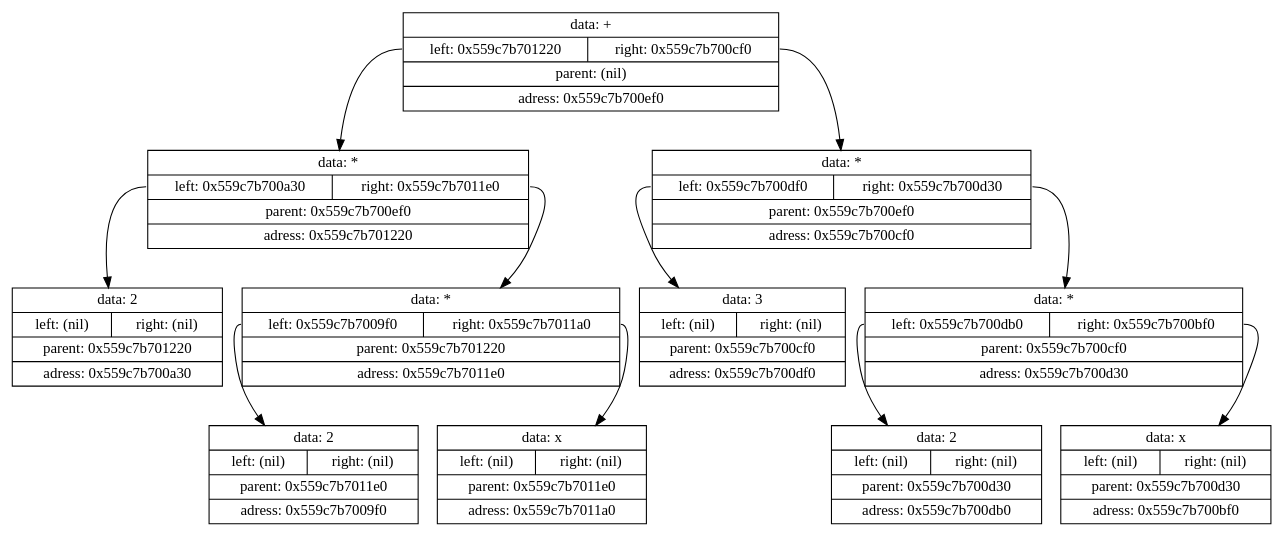
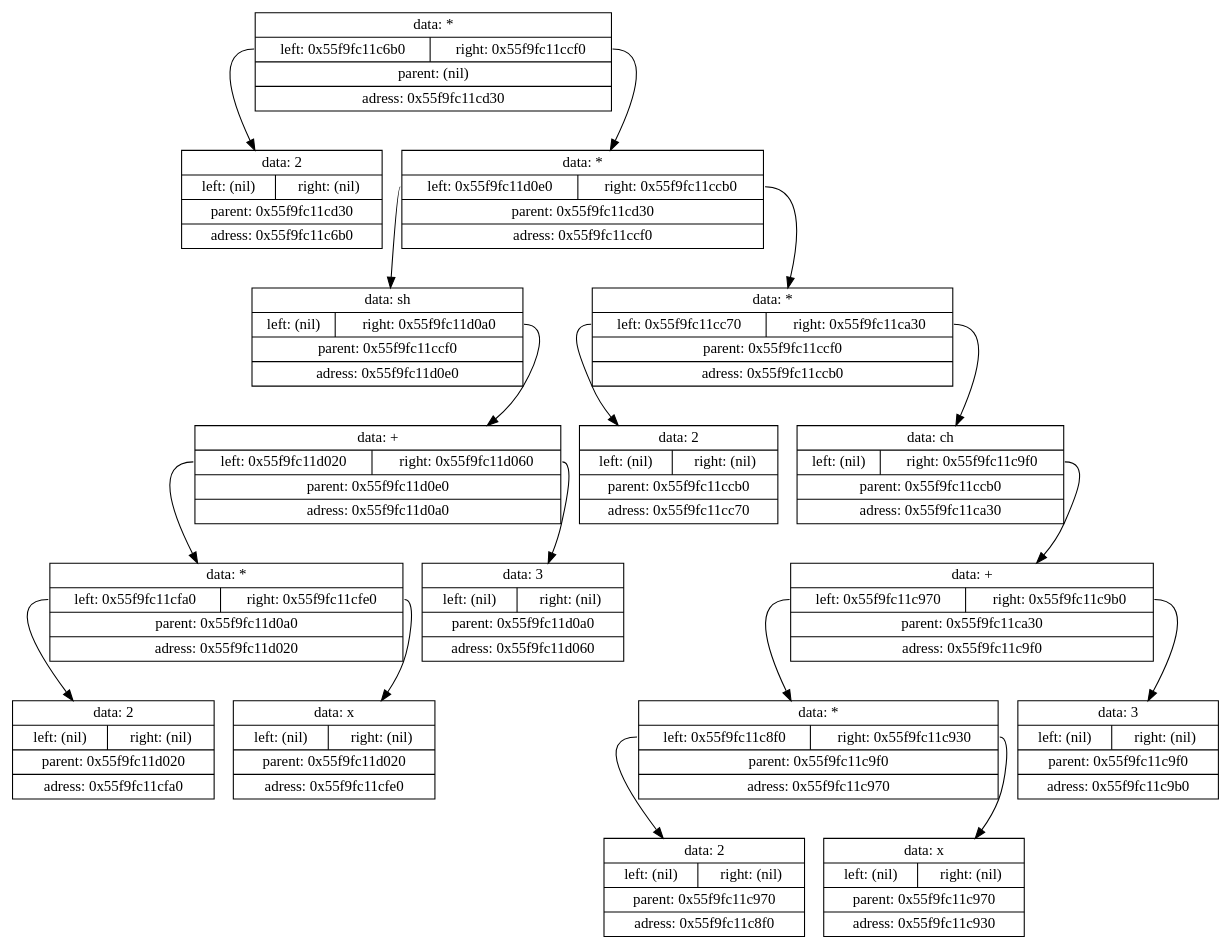
The diagram in Projects/8.Differenciator/log/tmp/tempautogeneratedlog.gv (Shishqa/MIPT_1sem_C_lang), drawn with Graphviz before and after one commit. The commit also changed 33 other files, not shown here.

```diff
--- a/Projects/8.Differenciator/log/tmp/tempautogeneratedlog.gv
+++ b/Projects/8.Differenciator/log/tmp/tempautogeneratedlog.gv
@@ -1,25 +1,37 @@
 digraph dump
 {
-	node0x559c7b700ef0 [shape = "record", label = "{<f1>data: +|{<f2>left: 0x559c7b701220|<f3>right: 0x559c7b700cf0}|<f4>parent: (nil)|<f5>adress: 0x559c7b700ef0}"];
-	node0x559c7b701220 [shape = "record", label = "{<f1>data: *|{<f2>left: 0x559c7b700a30|<f3>right: 0x559c7b7011e0}|<f4>parent: 0x559c7b700ef0|<f5>adress: 0x559c7b701220}"];
-	node0x559c7b700a30 [shape = "record", label = "{<f1>data: 2|{<f2>left: (nil)|<f3>right: (nil)}|<f4>parent: 0x559c7b701220|<f5>adress: 0x559c7b700a30}"];
-	node0x559c7b701220:f2 -> node0x559c7b700a30
-	node0x559c7b7011e0 [shape = "record", label = "{<f1>data: *|{<f2>left: 0x559c7b7009f0|<f3>right: 0x559c7b7011a0}|<f4>parent: 0x559c7b701220|<f5>adress: 0x559c7b7011e0}"];
-	node0x559c7b7009f0 [shape = "record", label = "{<f1>data: 2|{<f2>left: (nil)|<f3>right: (nil)}|<f4>parent: 0x559c7b7011e0|<f5>adress: 0x559c7b7009f0}"];
-	node0x559c7b7011e0:f2 -> node0x559c7b7009f0
-	node0x559c7b7011a0 [shape = "record", label = "{<f1>data: x|{<f2>left: (nil)|<f3>right: (nil)}|<f4>parent: 0x559c7b7011e0|<f5>adress: 0x559c7b7011a0}"];
-	node0x559c7b7011e0:f3 -> node0x559c7b7011a0
-	node0x559c7b701220:f3 -> node0x559c7b7011e0
-	node0x559c7b700ef0:f2 -> node0x559c7b701220
-	node0x559c7b700cf0 [shape = "record", label = "{<f1>data: *|{<f2>left: 0x559c7b700df0|<f3>right: 0x559c7b700d30}|<f4>parent: 0x559c7b700ef0|<f5>adress: 0x559c7b700cf0}"];
-	node0x559c7b700df0 [shape = "record", label = "{<f1>data: 3|{<f2>left: (nil)|<f3>right: (nil)}|<f4>parent: 0x559c7b700cf0|<f5>adress: 0x559c7b700df0}"];
-	node0x559c7b700cf0:f2 -> node0x559c7b700df0
-	node0x559c7b700d30 [shape = "record", label = "{<f1>data: *|{<f2>left: 0x559c7b700db0|<f3>right: 0x559c7b700bf0}|<f4>parent: 0x559c7b700cf0|<f5>adress: 0x559c7b700d30}"];
-	node0x559c7b700db0 [shape = "record", label = "{<f1>data: 2|{<f2>left: (nil)|<f3>right: (nil)}|<f4>parent: 0x559c7b700d30|<f5>adress: 0x559c7b700db0}"];
-	node0x559c7b700d30:f2 -> node0x559c7b700db0
-	node0x559c7b700bf0 [shape = "record", label = "{<f1>data: x|{<f2>left: (nil)|<f3>right: (nil)}|<f4>parent: 0x559c7b700d30|<f5>adress: 0x559c7b700bf0}"];
-	node0x559c7b700d30:f3 -> node0x559c7b700bf0
-	node0x559c7b700cf0:f3 -> node0x559c7b700d30
-	node0x559c7b700ef0:f3 -> node0x559c7b700cf0
+	node0x55f9fc11cd30 [shape = "record", label = "{<f1>data: *|{<f2>left: 0x55f9fc11c6b0|<f3>right: 0x55f9fc11ccf0}|<f4>parent: (nil)|<f5>adress: 0x55f9fc11cd30}"];
+	node0x55f9fc11c6b0 [shape = "record", label = "{<f1>data: 2|{<f2>left: (nil)|<f3>right: (nil)}|<f4>parent: 0x55f9fc11cd30|<f5>adress: 0x55f9fc11c6b0}"];
+	node0x55f9fc11cd30:f2 -> node0x55f9fc11c6b0
+	node0x55f9fc11ccf0 [shape = "record", label = "{<f1>data: *|{<f2>left: 0x55f9fc11d0e0|<f3>right: 0x55f9fc11ccb0}|<f4>parent: 0x55f9fc11cd30|<f5>adress: 0x55f9fc11ccf0}"];
+	node0x55f9fc11d0e0 [shape = "record", label = "{<f1>data: sh|{<f2>left: (nil)|<f3>right: 0x55f9fc11d0a0}|<f4>parent: 0x55f9fc11ccf0|<f5>adress: 0x55f9fc11d0e0}"];
+	node0x55f9fc11d0a0 [shape = "record", label = "{<f1>data: +|{<f2>left: 0x55f9fc11d020|<f3>right: 0x55f9fc11d060}|<f4>parent: 0x55f9fc11d0e0|<f5>adress: 0x55f9fc11d0a0}"];
+	node0x55f9fc11d020 [shape = "record", label = "{<f1>data: *|{<f2>left: 0x55f9fc11cfa0|<f3>right: 0x55f9fc11cfe0}|<f4>parent: 0x55f9fc11d0a0|<f5>adress: 0x55f9fc11d020}"];
+	node0x55f9fc11cfa0 [shape = "record", label = "{<f1>data: 2|{<f2>left: (nil)|<f3>right: (nil)}|<f4>parent: 0x55f9fc11d020|<f5>adress: 0x55f9fc11cfa0}"];
+	node0x55f9fc11d020:f2 -> node0x55f9fc11cfa0
+	node0x55f9fc11cfe0 [shape = "record", label = "{<f1>data: x|{<f2>left: (nil)|<f3>right: (nil)}|<f4>parent: 0x55f9fc11d020|<f5>adress: 0x55f9fc11cfe0}"];
+	node0x55f9fc11d020:f3 -> node0x55f9fc11cfe0
+	node0x55f9fc11d0a0:f2 -> node0x55f9fc11d020
+	node0x55f9fc11d060 [shape = "record", label = "{<f1>data: 3|{<f2>left: (nil)|<f3>right: (nil)}|<f4>parent: 0x55f9fc11d0a0|<f5>adress: 0x55f9fc11d060}"];
+	node0x55f9fc11d0a0:f3 -> node0x55f9fc11d060
+	node0x55f9fc11d0e0:f3 -> node0x55f9fc11d0a0
+	node0x55f9fc11ccf0:f2 -> node0x55f9fc11d0e0
+	node0x55f9fc11ccb0 [shape = "record", label = "{<f1>data: *|{<f2>left: 0x55f9fc11cc70|<f3>right: 0x55f9fc11ca30}|<f4>parent: 0x55f9fc11ccf0|<f5>adress: 0x55f9fc11ccb0}"];
+	node0x55f9fc11cc70 [shape = "record", label = "{<f1>data: 2|{<f2>left: (nil)|<f3>right: (nil)}|<f4>parent: 0x55f9fc11ccb0|<f5>adress: 0x55f9fc11cc70}"];
+	node0x55f9fc11ccb0:f2 -> node0x55f9fc11cc70
+	node0x55f9fc11ca30 [shape = "record", label = "{<f1>data: ch|{<f2>left: (nil)|<f3>right: 0x55f9fc11c9f0}|<f4>parent: 0x55f9fc11ccb0|<f5>adress: 0x55f9fc11ca30}"];
+	node0x55f9fc11c9f0 [shape = "record", label = "{<f1>data: +|{<f2>left: 0x55f9fc11c970|<f3>right: 0x55f9fc11c9b0}|<f4>parent: 0x55f9fc11ca30|<f5>adress: 0x55f9fc11c9f0}"];
+	node0x55f9fc11c970 [shape = "record", label = "{<f1>data: *|{<f2>left: 0x55f9fc11c8f0|<f3>right: 0x55f9fc11c930}|<f4>parent: 0x55f9fc11c9f0|<f5>adress: 0x55f9fc11c970}"];
+	node0x55f9fc11c8f0 [shape = "record", label = "{<f1>data: 2|{<f2>left: (nil)|<f3>right: (nil)}|<f4>parent: 0x55f9fc11c970|<f5>adress: 0x55f9fc11c8f0}"];
+	node0x55f9fc11c970:f2 -> node0x55f9fc11c8f0
+	node0x55f9fc11c930 [shape = "record", label = "{<f1>data: x|{<f2>left: (nil)|<f3>right: (nil)}|<f4>parent: 0x55f9fc11c970|<f5>adress: 0x55f9fc11c930}"];
+	node0x55f9fc11c970:f3 -> node0x55f9fc11c930
+	node0x55f9fc11c9f0:f2 -> node0x55f9fc11c970
+	node0x55f9fc11c9b0 [shape = "record", label = "{<f1>data: 3|{<f2>left: (nil)|<f3>right: (nil)}|<f4>parent: 0x55f9fc11c9f0|<f5>adress: 0x55f9fc11c9b0}"];
+	node0x55f9fc11c9f0:f3 -> node0x55f9fc11c9b0
+	node0x55f9fc11ca30:f3 -> node0x55f9fc11c9f0
+	node0x55f9fc11ccb0:f3 -> node0x55f9fc11ca30
+	node0x55f9fc11ccf0:f3 -> node0x55f9fc11ccb0
+	node0x55f9fc11cd30:f3 -> node0x55f9fc11ccf0
 
 }
```
